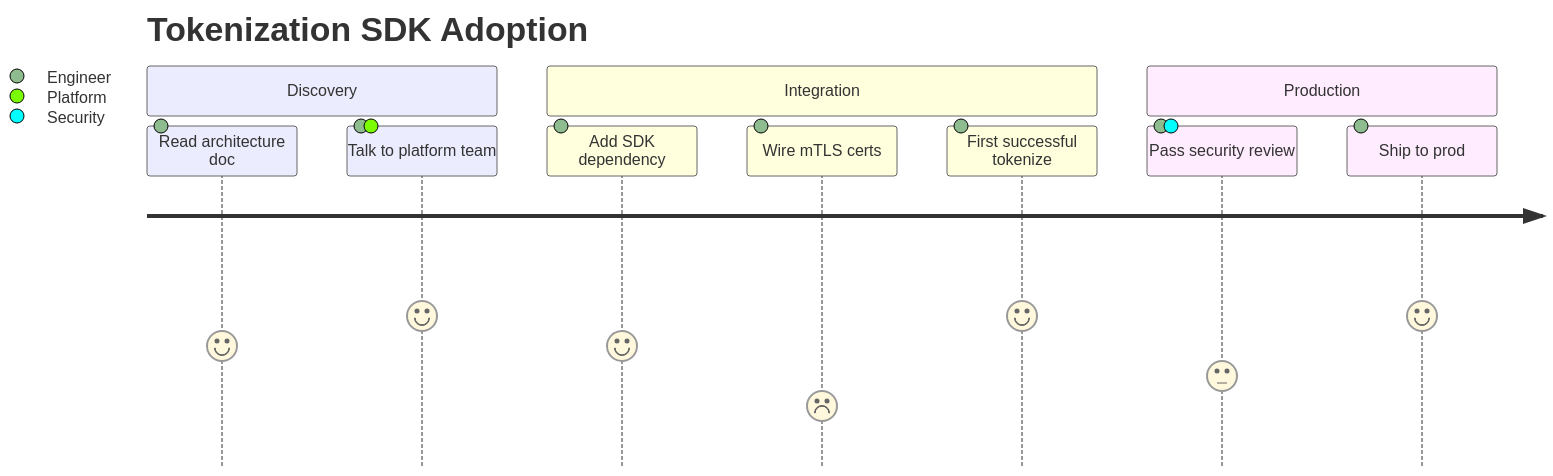
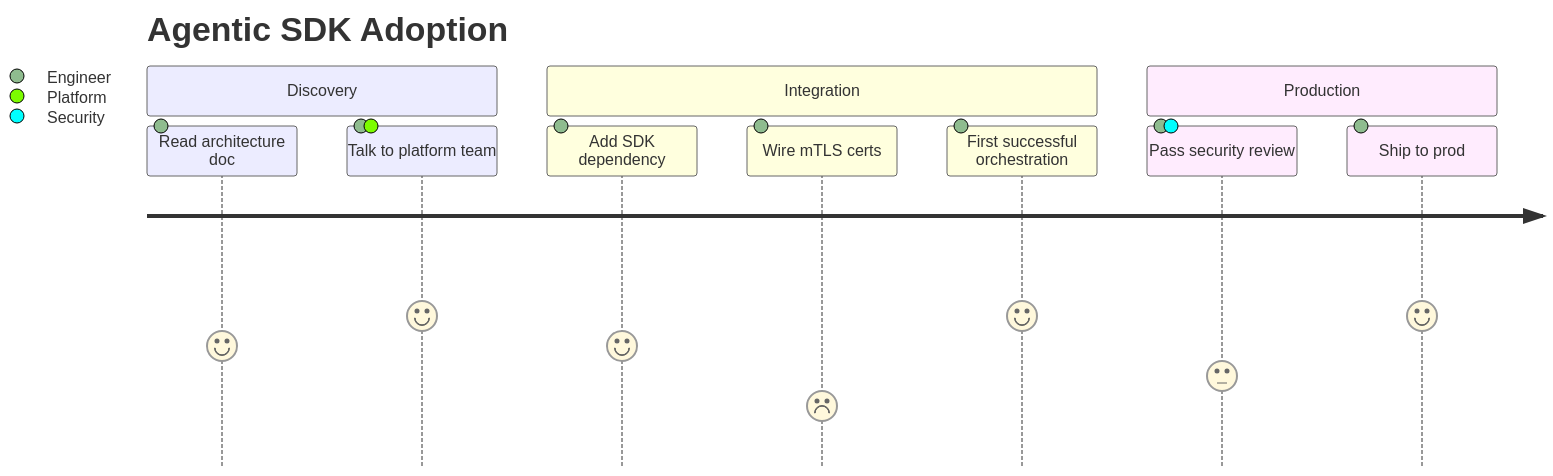
The sixth of 25 diagrams in lib/components/diagram/diagram/diagram.gallery.md (SlideWright/lattice), drawn with Mermaid before and after one commit. The commit also changed other lines of this file and 75 other files, not shown here.

````diff
--- a/lib/components/diagram/diagram/diagram.gallery.md
+++ b/lib/components/diagram/diagram/diagram.gallery.md
@@ -201,14 +201,14 @@
 ```mermaid
 journey
-  title Tokenization SDK Adoption
+  title Agentic SDK Adoption
   section Discovery
     Read architecture doc: 4: Engineer
     Talk to platform team: 5: Engineer, Platform
   section Integration
     Add SDK dependency: 4: Engineer
     Wire mTLS certs: 2: Engineer
-    First successful tokenize: 5: Engineer
+    First successful orchestration: 5: Engineer
   section Production
     Pass security review: 3: Engineer, Security
     Ship to prod: 5: Engineer
 ```
````
